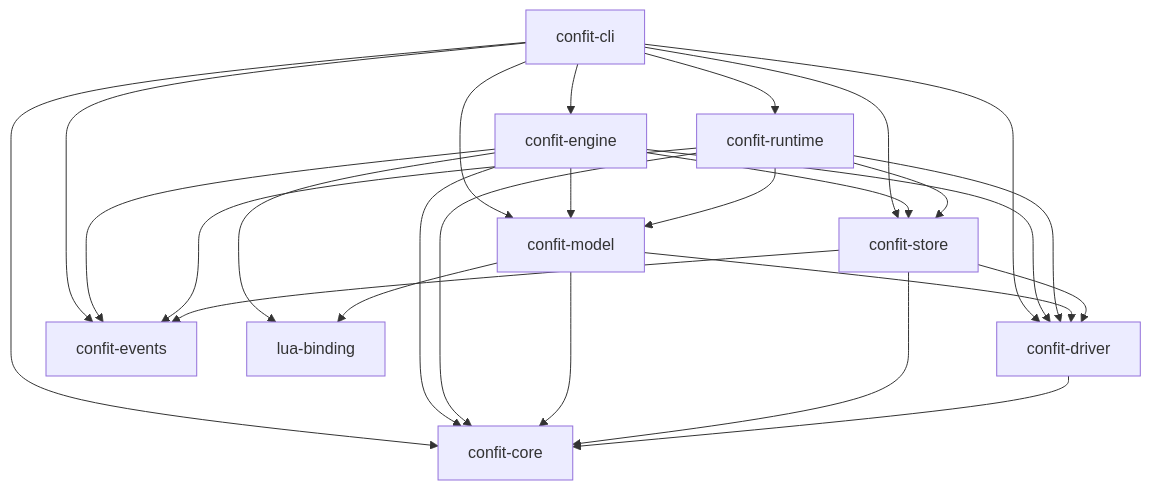
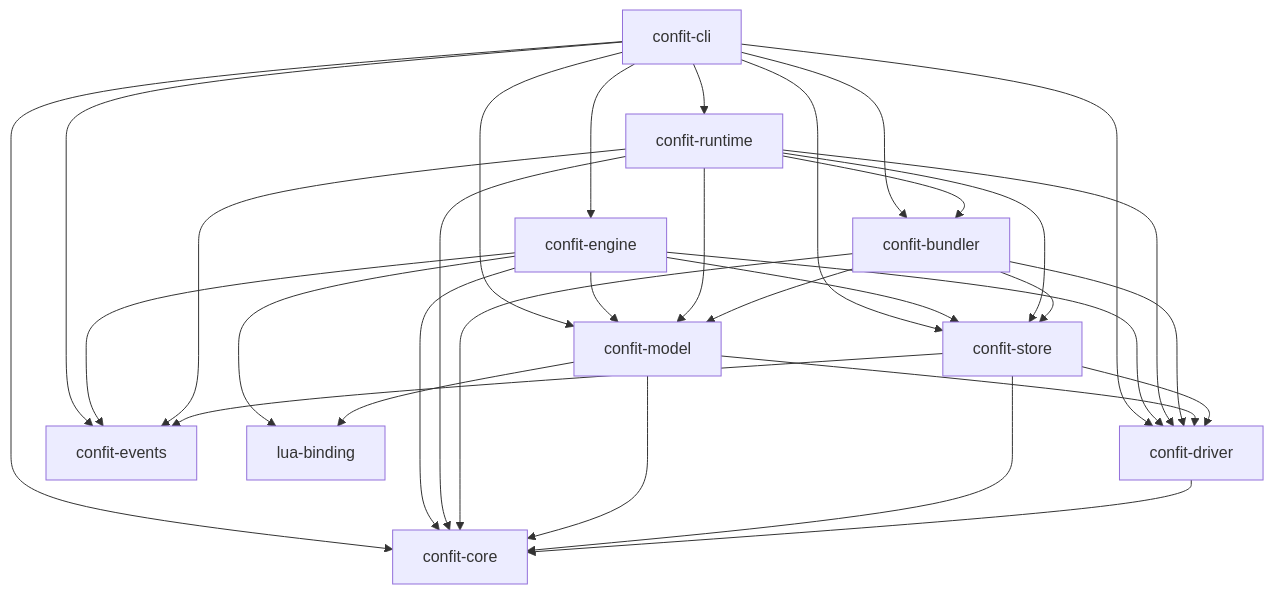
The diagram in docs/architecture.md (SolracHQ/confit), drawn with Mermaid before and after one commit. The commit also changed other lines of this file and 72 other files, not shown here.

First line of the commit message:
I move manifest back to model since there is no longer a cyclic dependency between model, store, and runtime, and a few changes are born of that one move.

````diff
--- a/docs/architecture.md
+++ b/docs/architecture.md
@@ -134,28 +137,34 @@
 ```mermaid
 graph TD
     cli["confit-cli"] --> engine["confit-engine"]
     cli --> runtime["confit-runtime"]
     cli --> model["confit-model"]
     cli --> store["confit-store"]
     cli --> driver["confit-driver"]
     cli --> core["confit-core"]
     cli --> events["confit-events"]
+    cli --> bundler["confit-bundler"]
     engine --> model
     engine --> store
     engine --> driver
     engine --> core
     engine --> events
     engine --> binding["lua-binding"]
     runtime --> model
     runtime --> store
     runtime --> driver
     runtime --> core
     runtime --> events
+    runtime --> bundler["confit-bundler"]
+    bundler --> model
+    bundler --> store
+    bundler --> driver
+    bundler --> core
     model --> driver
     model --> core
     model --> binding
     store --> events
     store --> driver
     store --> core
     driver --> core
 ```
````
